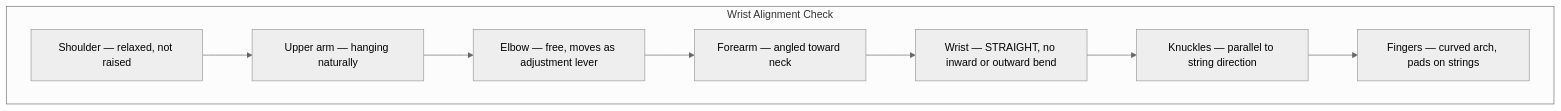
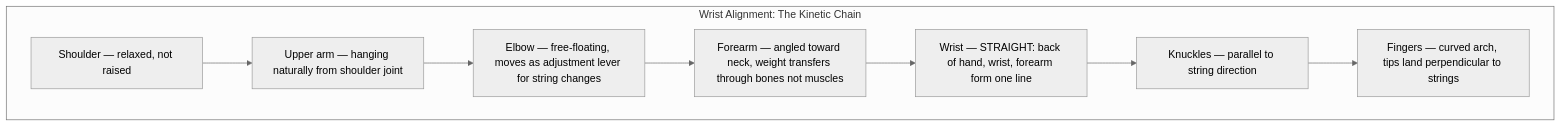
One commit to blebleblee/synapse changed the second of 6 diagrams in topics/arts/music_performance/bass_guitar/lesson_01_technique_and_fretboard_mechanics.md. Above: the diagram before and after it, drawn with Mermaid (neutral theme). The commit also changed other lines of this file and 4 other files, not shown here.

````diff
--- a/topics/arts/music_performance/bass_guitar/lesson_01_technique_and_fretboard_mechanics.md
+++ b/topics/arts/music_performance/bass_guitar/lesson_01_technique_and_fretboard_mechanics.md
@@ -113,11 +125,11 @@
 ```mermaid
 graph TD
-    subgraph sub_wrist ["Wrist Alignment Check"]
-        A["Shoulder — relaxed, not raised"] --> B["Upper arm — hanging naturally"]
-        B --> C["Elbow — free, moves as adjustment lever"]
-        C --> D["Forearm — angled toward neck"]
-        D --> E["Wrist — STRAIGHT, no inward or outward bend"]
+    subgraph sub_wrist ["Wrist Alignment: The Kinetic Chain"]
+        A["Shoulder — relaxed, not raised"] --> B["Upper arm — hanging naturally from shoulder joint"]
+        B --> C["Elbow — free-floating, moves as adjustment lever for string changes"]
+        C --> D["Forearm — angled toward neck, weight transfers through bones not muscles"]
+        D --> E["Wrist — STRAIGHT: back of hand, wrist, forearm form one line"]
         E --> F["Knuckles — parallel to string direction"]
-        F --> G["Fingers — curved arch, pads on strings"]
+        F --> G["Fingers — curved arch, tips land perpendicular to strings"]
     end
 ```
````
